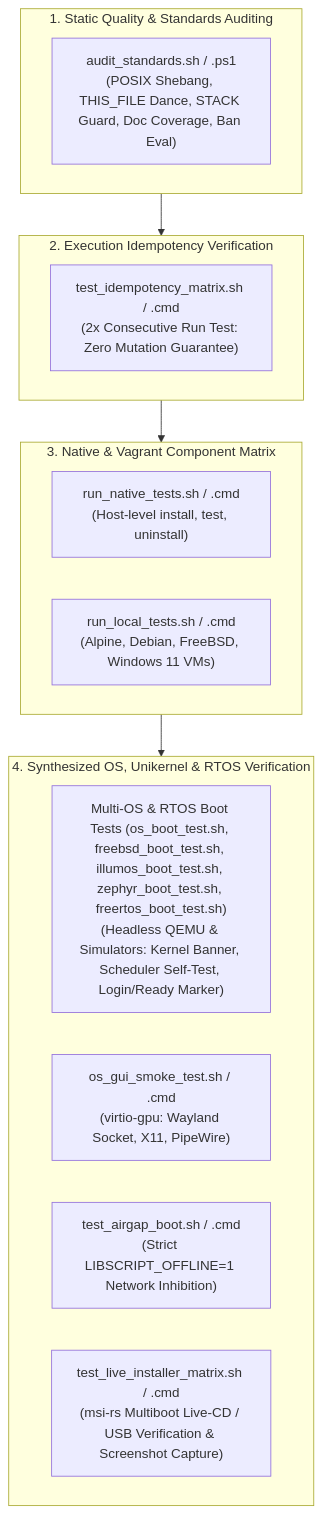
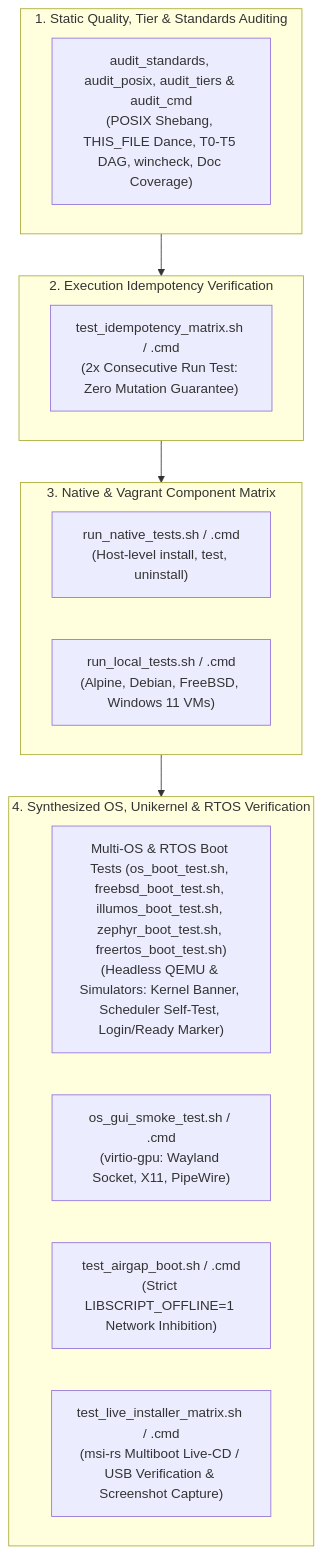
One commit to SamuelMarks/libscript changed the diagram in TEST.md. Above: the diagram before and after it, drawn with Mermaid. The commit also changed other lines of this file and 15036 other files, not shown here.

````diff
--- a/TEST.md
+++ b/TEST.md
@@ -14,26 +14,26 @@
 ```mermaid
 flowchart TD
-    subgraph Layer1[1. Static Quality & Standards Auditing]
-        Audit["audit_standards.sh / .ps1<br/>(POSIX Shebang, THIS_FILE Dance, STACK Guard, Doc Coverage, Ban Eval)"]
+    subgraph Layer1[1. Static Quality, Tier & Standards Auditing]
+        Audit["audit_standards, audit_posix, audit_tiers & audit_cmd<br/>(POSIX Shebang, THIS_FILE Dance, T0-T5 DAG, wincheck, Doc Coverage)"]
     end
 
     subgraph Layer2[2. Execution Idempotency Verification]
         Idempotency["test_idempotency_matrix.sh / .cmd<br/>(2x Consecutive Run Test: Zero Mutation Guarantee)"]
     end
 
     subgraph Layer3[3. Native & Vagrant Component Matrix]
         NativeTests["run_native_tests.sh / .cmd<br/>(Host-level install, test, uninstall)"]
         VagrantTests["run_local_tests.sh / .cmd<br/>(Alpine, Debian, FreeBSD, Windows 11 VMs)"]
     end
 
     subgraph Layer4[4. Synthesized OS, Unikernel & RTOS Verification]
         BootTest["Multi-OS & RTOS Boot Tests (os_boot_test.sh, freebsd_boot_test.sh, illumos_boot_test.sh, zephyr_boot_test.sh, freertos_boot_test.sh)<br/>(Headless QEMU & Simulators: Kernel Banner, Scheduler Self-Test, Login/Ready Marker)"]
         GUISmoke["os_gui_smoke_test.sh / .cmd<br/>(virtio-gpu: Wayland Socket, X11, PipeWire)"]
         AirGap["test_airgap_boot.sh / .cmd<br/>(Strict LIBSCRIPT_OFFLINE=1 Network Inhibition)"]
         LiveMatrix["test_live_installer_matrix.sh / .cmd<br/>(msi-rs Multiboot Live-CD / USB Verification & Screenshot Capture)"]
     end
 
     Layer1 --> Layer2
     Layer2 --> Layer3
     Layer3 --> Layer4
 ```
````
